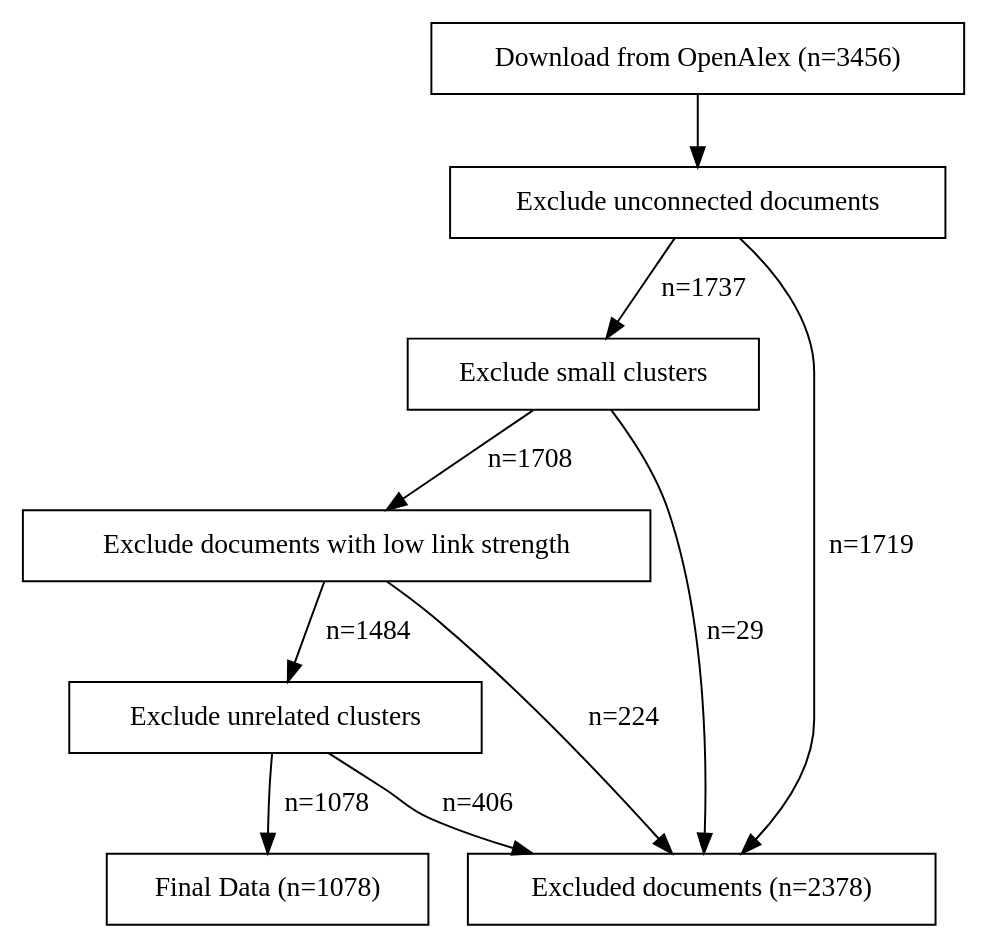
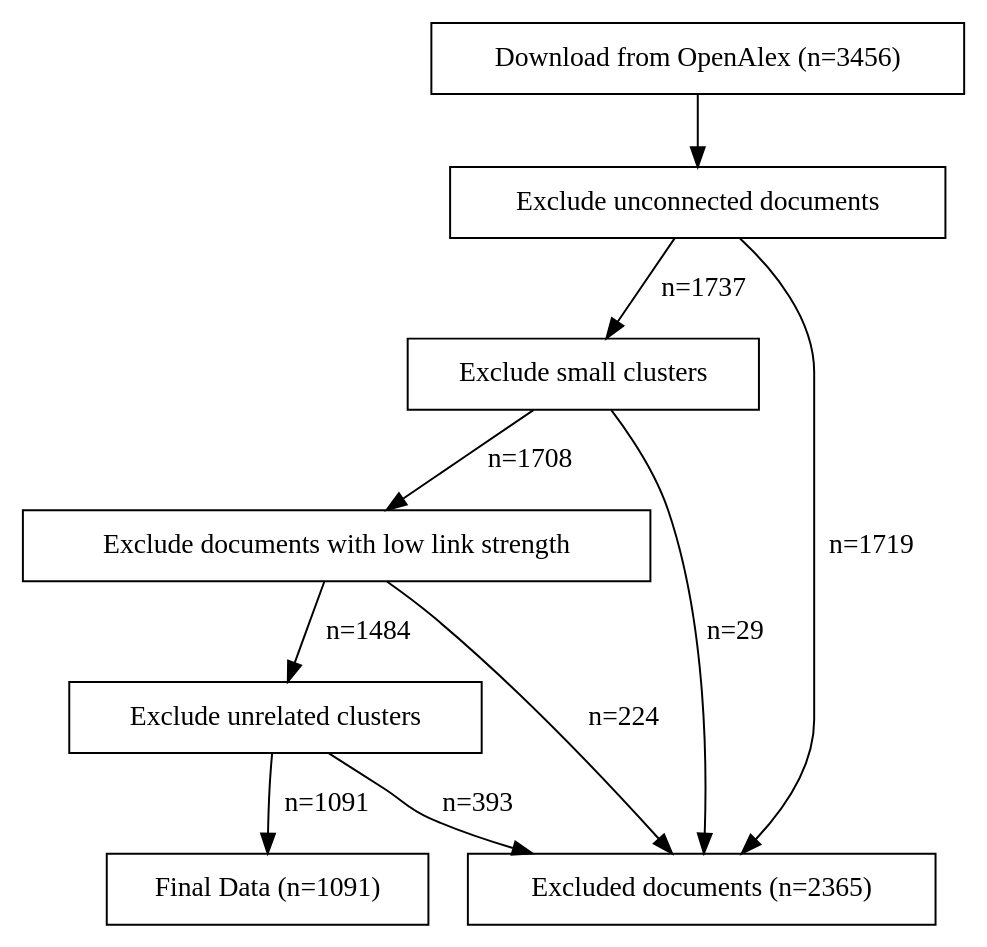
One commit to florianjehn/bibliometrics changed the diagram in docs/flowchart.dot. Above: the diagram before and after it, drawn with Graphviz. The commit also changed 5 other files, not shown here.

```diff
--- a/docs/flowchart.dot
+++ b/docs/flowchart.dot
@@ -1,26 +1,26 @@
 digraph G {
     node [shape=box];
 
     load_data [label="Download from OpenAlex (n=3456)"];
     filter_unconnected_documents [label="Exclude unconnected documents"];
     filter_clusters [label="Exclude small clusters"];
     filter_low_links [label="Exclude documents with low link strength"];
     filter_unrelated_clusters [label="Exclude unrelated clusters"];
-    excluded_documents [label="Excluded documents (n=2378)"];
-    final_data [label="Final Data (n=1078)"];
+    excluded_documents [label="Excluded documents (n=2365)"];
+    final_data [label="Final Data (n=1091)"];
 
 
     load_data -> filter_unconnected_documents;
     filter_unconnected_documents -> filter_clusters [label="n=1737"];
     filter_unconnected_documents -> excluded_documents [label="n=1719"];
     filter_clusters -> filter_low_links [label="n=1708"];
     filter_low_links -> excluded_documents [label="n=224"];
-    filter_unrelated_clusters -> final_data [label="n=1078"];
+    filter_unrelated_clusters -> final_data [label="n=1091"];
     filter_low_links -> filter_unrelated_clusters [label="n=1484"];
-    filter_unrelated_clusters -> excluded_documents [label="n=406"];
+    filter_unrelated_clusters -> excluded_documents [label="n=393"];
     filter_clusters -> excluded_documents [label="n=29"];
 
 
 
     
 }
```
